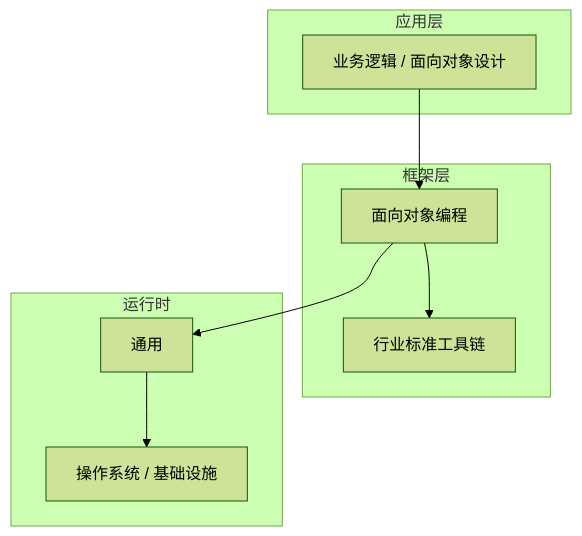
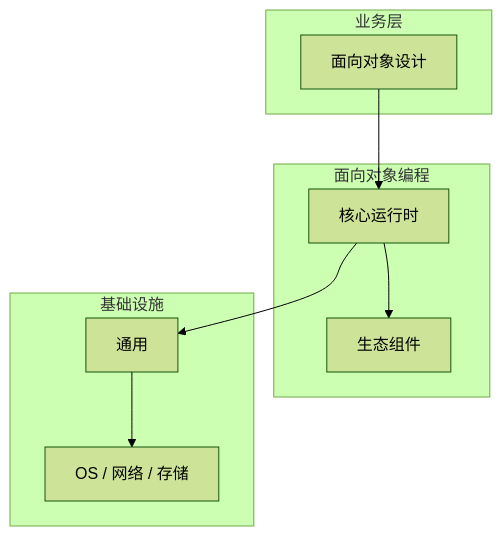
The diagram in articles/面向对象编程/chapters/061-面向对象设计核心概念与原理.md (yanggan2015/knowledge-json-v2), drawn with Mermaid (forest theme) before and after one commit. The commit also changed other lines of this file and 10127 other files, not shown here.

````diff
--- a/articles/面向对象编程/chapters/061-面向对象设计核心概念与原理.md
+++ b/articles/面向对象编程/chapters/061-面向对象设计核心概念与原理.md
@@ -45,18 +34,18 @@
 ```mermaid
 graph TB
-    subgraph 应用层
-        A[业务逻辑 / 面向对象设计]
+    subgraph 业务层
+        A[面向对象设计]
     end
-    subgraph 框架层
-        B[面向对象编程]
-        C[行业标准工具链]
+    subgraph 面向对象编程
+        B[核心运行时]
+        C[生态组件]
     end
-    subgraph 运行时
+    subgraph 基础设施
         D[通用]
-        E[操作系统 / 基础设施]
+        E[OS / 网络 / 存储]
     end
     A --> B
     B --> C
     B --> D
     D --> E
 ```
````
